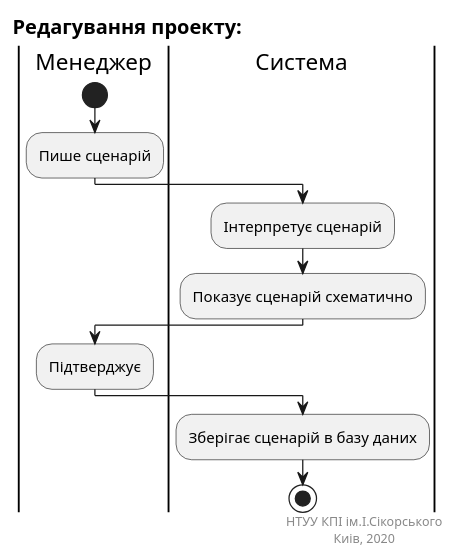
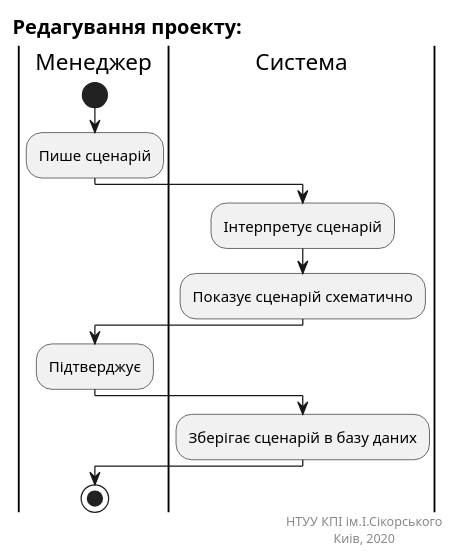
Before and after one commit to Jirobus/Core: the diagram in docs/puml/editProject.puml, drawn with PlantUML. The commit also changed 10 other files, not shown here.

Commit message:
Use cases sequence logic fixed and removed prerender

```diff
--- a/docs/puml/editProject.puml
+++ b/docs/puml/editProject.puml
@@ -1,26 +1,28 @@
 @startuml editProjectUC
 
 left header
 <font size=16 color=black><b>Редагування проекту:</b> 
 end header
 
 |Менеджер|
 start
 :Пише сценарій;
 
 |Система|
 :Інтерпретує сценарій;
 :Показує сценарій схематично;
 
 |Менеджер|
 :Підтверджує;
 
 |Система|
 :Зберігає сценарій в базу даних;
+
+|Менеджер|
 stop
 
 right footer
 НТУУ КПІ ім.І.Сікорського
 Киів, 2020 
 end footer
 @enduml
```
